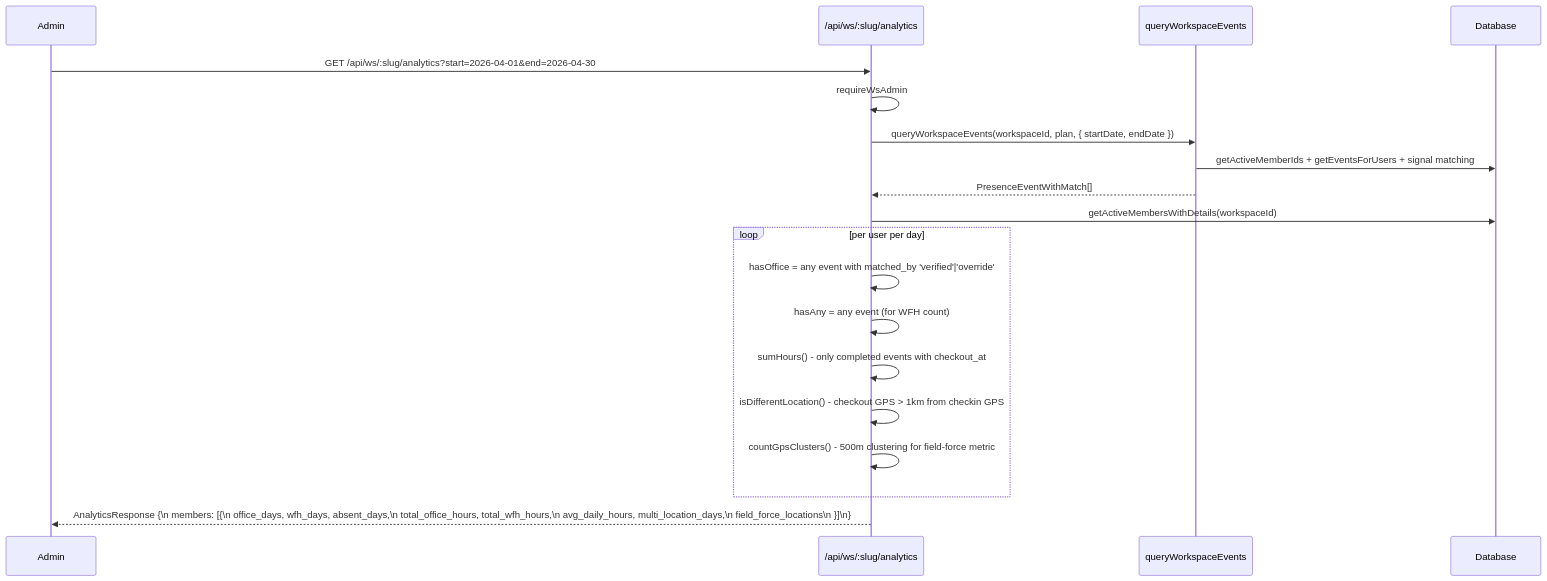
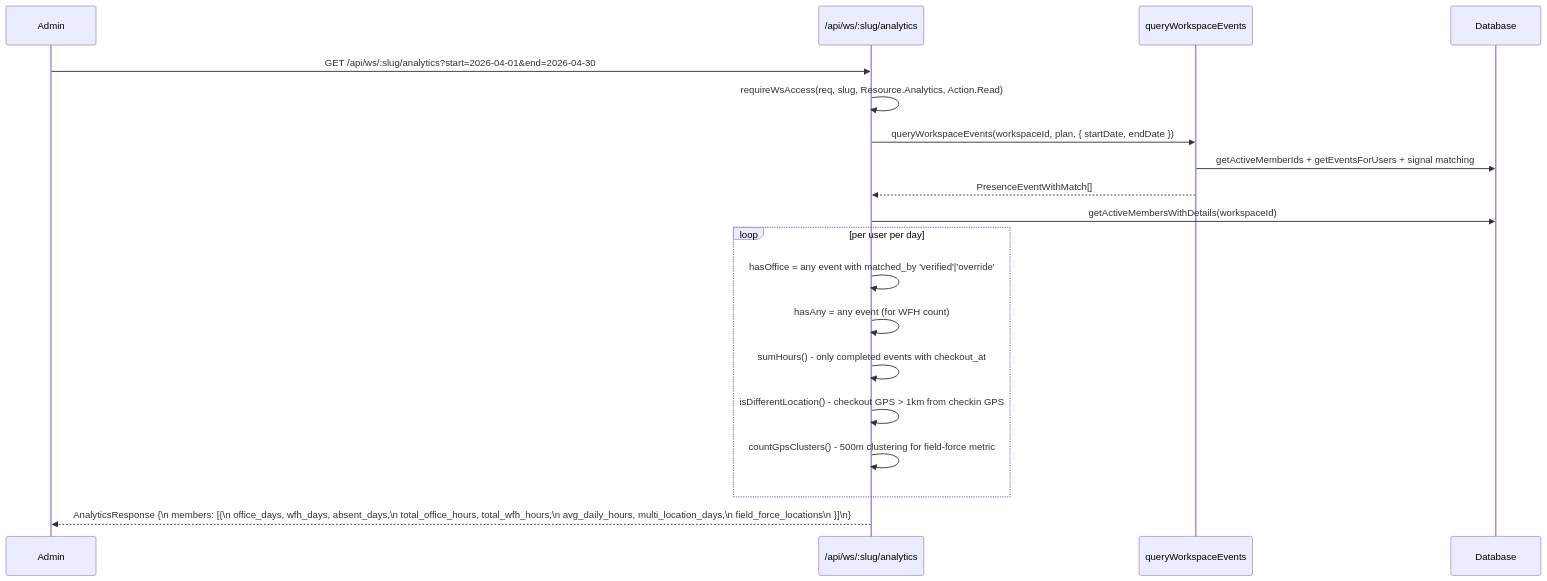
One commit to ksharmaGN/venzio changed the sixth of 8 diagrams in docs/architecture/workspace-flow.md. Above: the diagram before and after it, drawn with Mermaid. The commit also changed other lines of this file and 296 other files, not shown here.

````diff
--- a/docs/architecture/workspace-flow.md
+++ b/docs/architecture/workspace-flow.md
@@ -164,26 +191,26 @@
 ```mermaid
 sequenceDiagram
   participant A as Admin
   participant API as /api/ws/:slug/analytics
   participant SIG as queryWorkspaceEvents
   participant DB as Database
 
   A->>API: GET /api/ws/:slug/analytics?start=2026-04-01&end=2026-04-30
 
-  API->>API: requireWsAdmin
+  API->>API: requireWsAccess(req, slug, Resource.Analytics, Action.Read)
   API->>SIG: queryWorkspaceEvents(workspaceId, plan, { startDate, endDate })
   SIG->>DB: getActiveMemberIds + getEventsForUsers + signal matching
   SIG-->>API: PresenceEventWithMatch[]
 
   API->>DB: getActiveMembersWithDetails(workspaceId)
 
   loop per user per day
     API->>API: hasOffice = any event with matched_by 'verified'|'override'
     API->>API: hasAny = any event (for WFH count)
     API->>API: sumHours() - only completed events with checkout_at
     API->>API: isDifferentLocation() - checkout GPS > 1km from checkin GPS
     API->>API: countGpsClusters() - 500m clustering for field-force metric
   end
 
   API-->>A: AnalyticsResponse {\n  members: [{\n    office_days, wfh_days, absent_days,\n    total_office_hours, total_wfh_hours,\n    avg_daily_hours, multi_location_days,\n    field_force_locations\n  }]\n}
 ```
````
